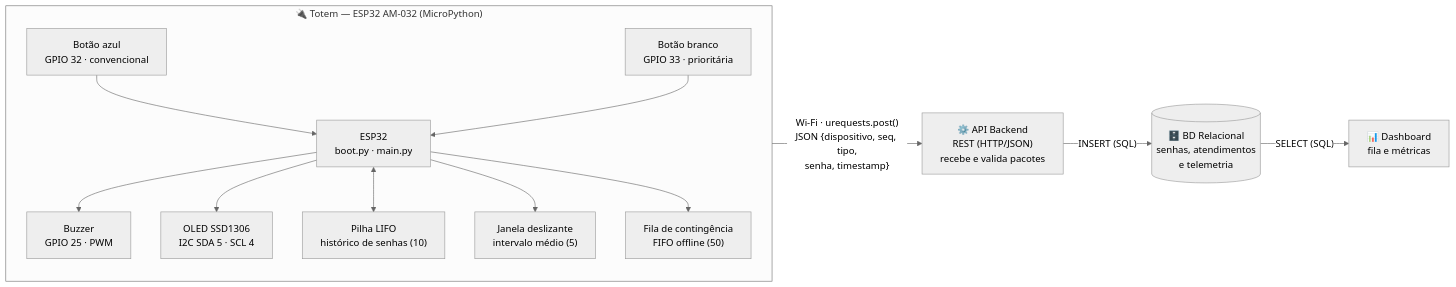
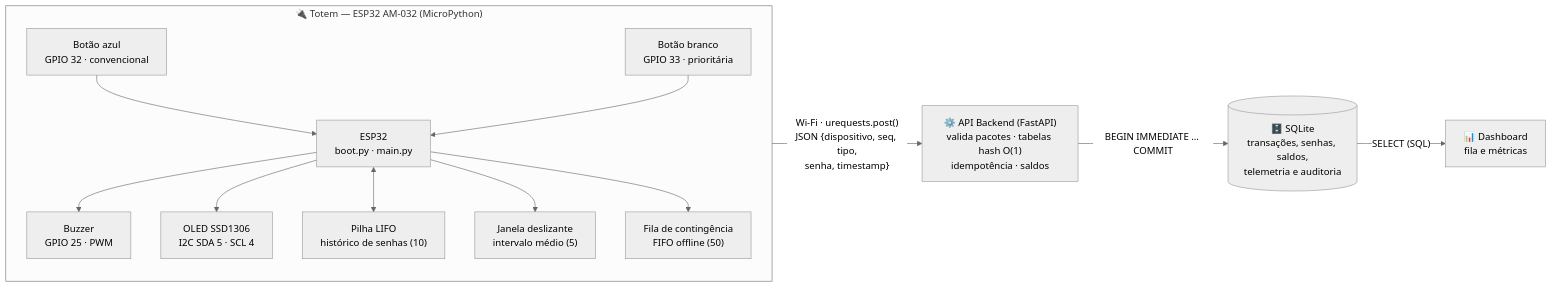
One commit to RedAkasha/telemetria-esp32-equipenexusdata changed the first of 2 diagrams in docs/arquitetura.md. Above: the diagram before and after it, drawn with Mermaid (neutral theme). The commit also changed other lines of this file and 15 other files, not shown here.

First line of the commit message:
feat: API FastAPI com validação, tabelas hash O(1) e gravação atômica no SQLite

````diff
--- a/docs/arquitetura.md
+++ b/docs/arquitetura.md
@@ -5,29 +5,29 @@
 ```mermaid
 flowchart LR
     subgraph HW["🔌 Totem — ESP32 AM-032 (MicroPython)"]
         direction TB
         S1["Botão azul<br/>GPIO 32 · convencional"]
         S2["Botão branco<br/>GPIO 33 · prioritária"]
         MCU["ESP32<br/>boot.py · main.py"]
         A1["Buzzer<br/>GPIO 25 · PWM"]
         A2["OLED SSD1306<br/>I2C SDA 5 · SCL 4"]
         PILHA["Pilha LIFO<br/>histórico de senhas (10)"]
         JAN["Janela deslizante<br/>intervalo médio (5)"]
         FILA["Fila de contingência<br/>FIFO offline (50)"]
         S1 --> MCU
         S2 --> MCU
         MCU --> A1
         MCU --> A2
         MCU <--> PILHA
         MCU --> JAN
         MCU --> FILA
     end
 
-    API["⚙️ API Backend<br/>REST (HTTP/JSON)<br/>recebe e valida pacotes"]
-    DB[("🗄️ BD Relacional<br/>senhas, atendimentos<br/>e telemetria")]
+    API["⚙️ API Backend (FastAPI)<br/>valida pacotes · tabelas hash O(1)<br/>idempotência · saldos"]
+    DB[("🗄️ SQLite<br/>transações, senhas, saldos,<br/>telemetria e auditoria")]
     DASH["📊 Dashboard<br/>fila e métricas"]
 
     FILA -- "Wi-Fi · urequests.post()<br/>JSON {dispositivo, seq, tipo,<br/>senha, timestamp}" --> API
-    API -- "INSERT (SQL)" --> DB
+    API -- "BEGIN IMMEDIATE … COMMIT" --> DB
     DB -- "SELECT (SQL)" --> DASH
 ```
````
